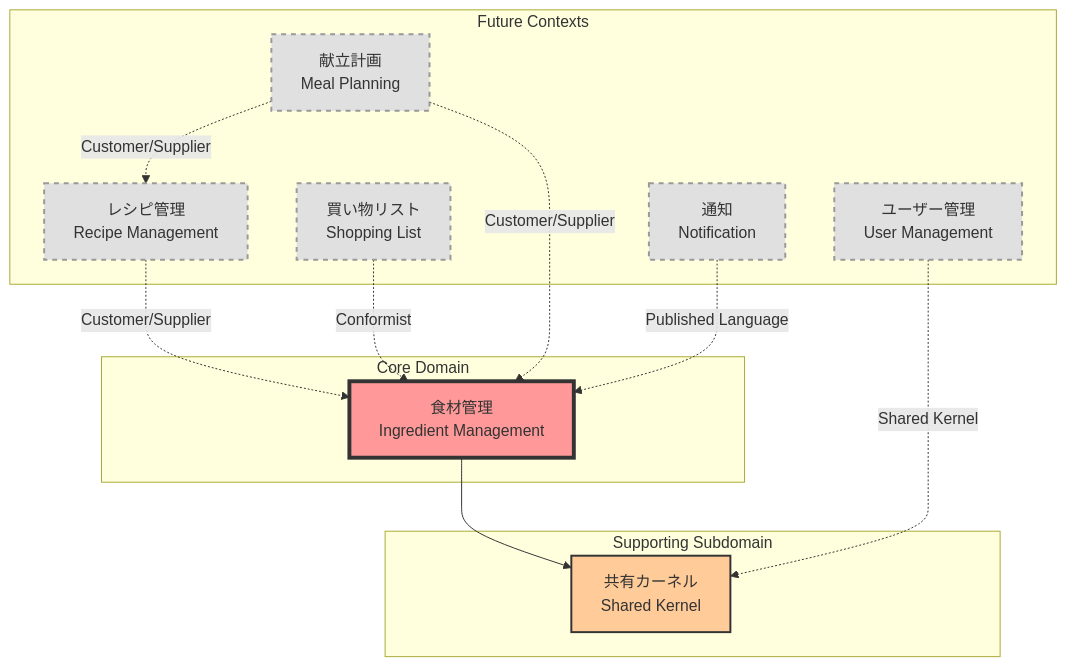
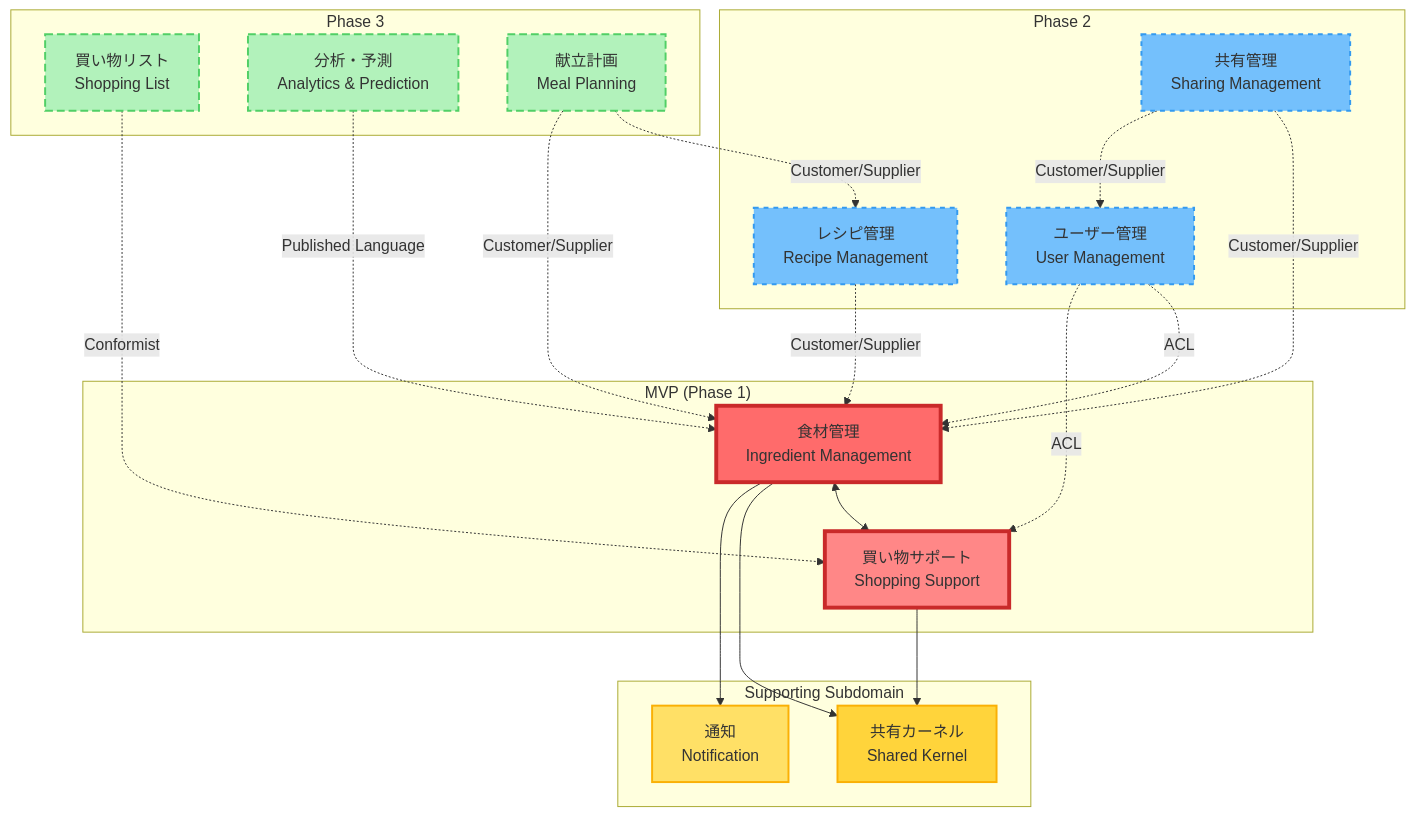
Before and after one commit to komei0727/all_in_one: the diagram in docs/domain/overview/context-map.md, drawn with Mermaid. The commit also changed other lines of this file and 21 other files, not shown here.

````diff
--- a/docs/domain/overview/context-map.md
+++ b/docs/domain/overview/context-map.md
@@ -10,38 +10,55 @@
 ```mermaid
 graph TB
-    subgraph "Core Domain"
+    subgraph "MVP (Phase 1)"
         IM[食材管理<br/>Ingredient Management]
+        SH[買い物サポート<br/>Shopping Support]
+    end
+
+    subgraph "Phase 2"
+        UM[ユーザー管理<br/>User Management]
+        SHR[共有管理<br/>Sharing Management]
+        RM[レシピ管理<br/>Recipe Management]
+    end
+
+    subgraph "Phase 3"
+        SL[買い物リスト<br/>Shopping List]
+        AN[分析・予測<br/>Analytics & Prediction]
+        MP[献立計画<br/>Meal Planning]
     end
 
     subgraph "Supporting Subdomain"
         SK[共有カーネル<br/>Shared Kernel]
+        NT[通知<br/>Notification]
     end
 
-    subgraph "Future Contexts"
-        RM[レシピ管理<br/>Recipe Management]
-        SL[買い物リスト<br/>Shopping List]
-        MP[献立計画<br/>Meal Planning]
-        NT[通知<br/>Notification]
-        UM[ユーザー管理<br/>User Management]
-    end
+    %% MVP関係
+    IM <--> SH
+    IM --> SK
+    SH --> SK
+    IM --> NT
 
-    %% 現在の関係
-    IM --> SK
+    %% Phase 2関係
+    UM -.->|ACL| IM
+    UM -.->|ACL| SH
+    SHR -.->|Customer/Supplier| IM
+    SHR -.->|Customer/Supplier| UM
+    RM -.->|Customer/Supplier| IM
 
-    %% 将来の関係
-    RM -.->|Customer/Supplier| IM
-    SL -.->|Conformist| IM
+    %% Phase 3関係
+    SL -.->|Conformist| SH
+    AN -.->|Published Language| IM
     MP -.->|Customer/Supplier| RM
     MP -.->|Customer/Supplier| IM
-    NT -.->|Published Language| IM
-    UM -.->|Shared Kernel| SK
 
     %% スタイリング
-    style IM fill:#ff9999,stroke:#333,stroke-width:4px
-    style SK fill:#ffcc99,stroke:#333,stroke-width:2px
-    style RM fill:#e0e0e0,stroke:#999,stroke-width:2px,stroke-dasharray: 5 5
-    style SL fill:#e0e0e0,stroke:#999,stroke-width:2px,stroke-dasharray: 5 5
-    style MP fill:#e0e0e0,stroke:#999,stroke-width:2px,stroke-dasharray: 5 5
-    style NT fill:#e0e0e0,stroke:#999,stroke-width:2px,stroke-dasharray: 5 5
-    style UM fill:#e0e0e0,stroke:#999,stroke-width:2px,stroke-dasharray: 5 5
+    style IM fill:#ff6b6b,stroke:#c92a2a,stroke-width:4px
+    style SH fill:#ff8787,stroke:#c92a2a,stroke-width:4px
+    style SK fill:#ffd43b,stroke:#fab005,stroke-width:2px
+    style NT fill:#ffe066,stroke:#fab005,stroke-width:2px
+    style UM fill:#74c0fc,stroke:#339af0,stroke-width:2px,stroke-dasharray: 5 5
+    style SHR fill:#74c0fc,stroke:#339af0,stroke-width:2px,stroke-dasharray: 5 5
+    style RM fill:#74c0fc,stroke:#339af0,stroke-width:2px,stroke-dasharray: 5 5
+    style SL fill:#b2f2bb,stroke:#51cf66,stroke-width:2px,stroke-dasharray: 8 4
+    style AN fill:#b2f2bb,stroke:#51cf66,stroke-width:2px,stroke-dasharray: 8 4
+    style MP fill:#b2f2bb,stroke:#51cf66,stroke-width:2px,stroke-dasharray: 8 4
 ```
````
